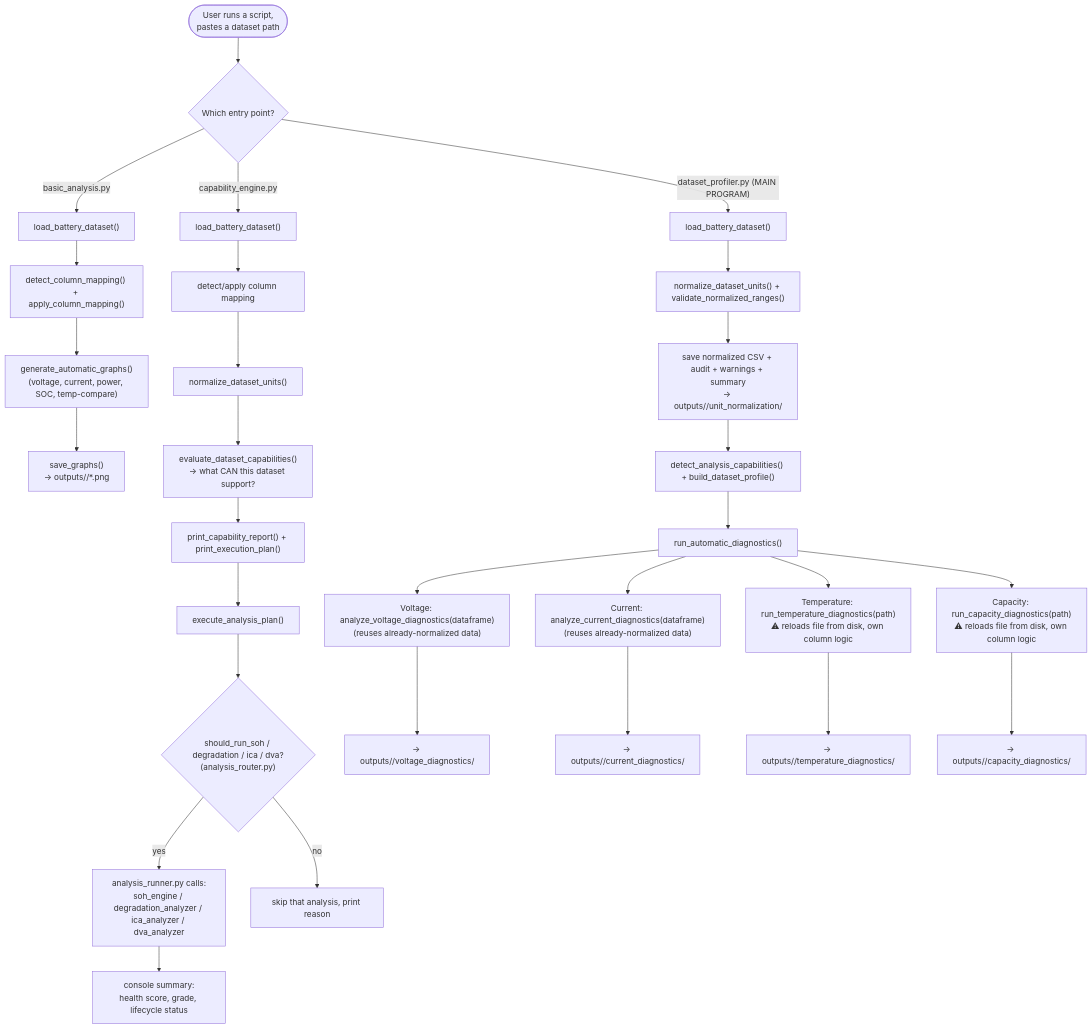
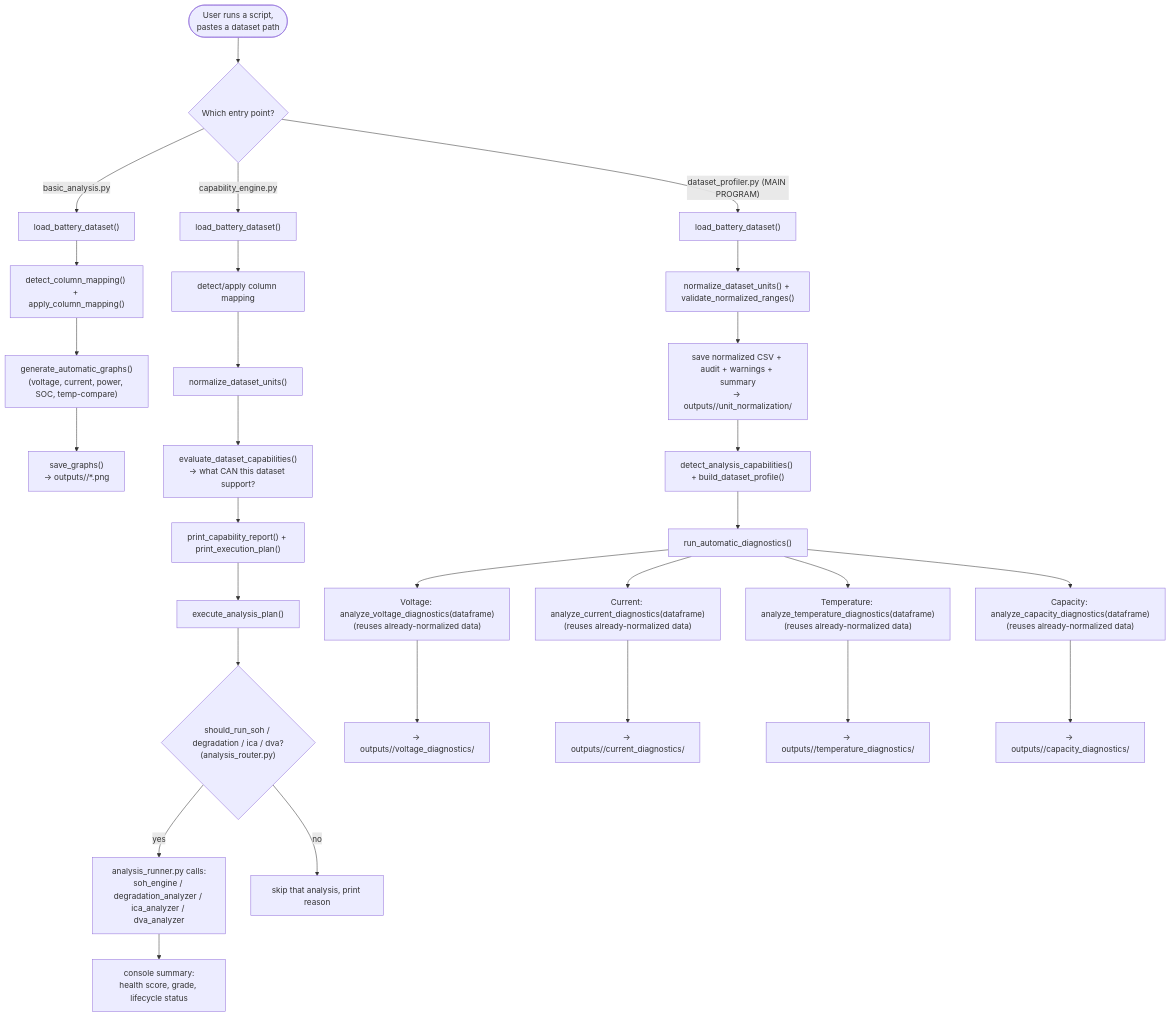
Before and after one commit to AnishLtts/battery-degradation-analysis: the second of 2 diagrams in battery_degradation_project/battery_intelligence_platform/ARCHITECTURE.md, drawn with Mermaid. The commit also changed other lines of this file and 3 other files, not shown here.

First line of the commit message:
Fix duplicated column-mapping logic in temperature/capacity diagnostics

````diff
--- a/battery_degradation_project/battery_intelligence_platform/ARCHITECTURE.md
+++ b/battery_degradation_project/battery_intelligence_platform/ARCHITECTURE.md
@@ -115,34 +123,34 @@
 ```mermaid
 flowchart TD
     Start(["User runs a script,\npastes a dataset path"]) --> Which{"Which entry point?"}
 
     Which -->|"basic_analysis.py"| BA1["load_battery_dataset()"]
     BA1 --> BA2["detect_column_mapping() + apply_column_mapping()"]
     BA2 --> BA3["generate_automatic_graphs()\n(voltage, current, power, SOC, temp-compare)"]
     BA3 --> BA4["save_graphs()\n→ outputs/<name>/*.png"]
 
     Which -->|"capability_engine.py"| CE1["load_battery_dataset()"]
     CE1 --> CE2["detect/apply column mapping"]
     CE2 --> CE3["normalize_dataset_units()"]
     CE3 --> CE4["evaluate_dataset_capabilities()\n→ what CAN this dataset support?"]
     CE4 --> CE5["print_capability_report() + print_execution_plan()"]
     CE5 --> CE6["execute_analysis_plan()"]
     CE6 --> CE7{"should_run_soh / degradation / ica / dva?\n(analysis_router.py)"}
     CE7 -->|yes| CE8["analysis_runner.py calls:\nsoh_engine / degradation_analyzer / ica_analyzer / dva_analyzer"]
     CE7 -->|no| CE9["skip that analysis, print reason"]
     CE8 --> CE10["console summary:\nhealth score, grade, lifecycle status"]
 
     Which -->|"dataset_profiler.py (MAIN PROGRAM)"| DP1["load_battery_dataset()"]
     DP1 --> DP2["normalize_dataset_units() + validate_normalized_ranges()"]
     DP2 --> DP3["save normalized CSV + audit + warnings + summary\n→ outputs/<name>/unit_normalization/"]
     DP3 --> DP4["detect_analysis_capabilities() + build_dataset_profile()"]
     DP4 --> DP5["run_automatic_diagnostics()"]
     DP5 --> DP6a["Voltage: analyze_voltage_diagnostics(dataframe)\n(reuses already-normalized data)"]
     DP5 --> DP6b["Current: analyze_current_diagnostics(dataframe)\n(reuses already-normalized data)"]
-    DP5 --> DP6c["Temperature: run_temperature_diagnostics(path)\n⚠ reloads file from disk, own column logic"]
-    DP5 --> DP6d["Capacity: run_capacity_diagnostics(path)\n⚠ reloads file from disk, own column logic"]
+    DP5 --> DP6c["Temperature: analyze_temperature_diagnostics(dataframe)\n(reuses already-normalized data)"]
+    DP5 --> DP6d["Capacity: analyze_capacity_diagnostics(dataframe)\n(reuses already-normalized data)"]
     DP6a --> DP7["→ outputs/<name>/voltage_diagnostics/"]
     DP6b --> DP8["→ outputs/<name>/current_diagnostics/"]
     DP6c --> DP9["→ outputs/<name>/temperature_diagnostics/"]
     DP6d --> DP10["→ outputs/<name>/capacity_diagnostics/"]
 ```
````
